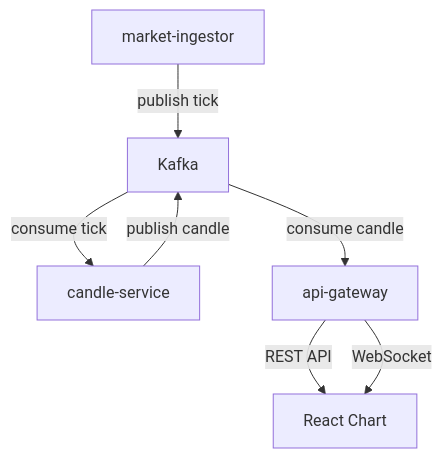
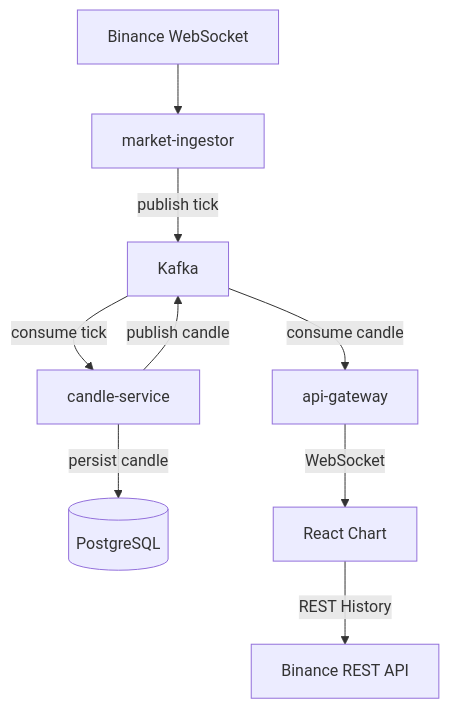
One commit to jhpark0418/mini-crypto-wts changed the first of 2 diagrams in README.md. Above: the diagram before and after it, drawn with Mermaid. The commit also changed other lines of this file, not shown here.

````diff
--- a/README.md
+++ b/README.md
@@ -21,11 +23,16 @@
 ```mermaid
 graph TD
 
-A[market-ingestor] -->|publish tick| B[Kafka]
-B -->|consume tick| C[candle-service]
-C -->|publish candle| B
-B -->|consume candle| D[api-gateway]
+A[Binance WebSocket] --> B[market-ingestor]
+B -->|publish tick| C[Kafka]
 
-D -->|REST API| E[React Chart]
-D -->|WebSocket| E
+C -->|consume tick| D[candle-service]
+
+D -->|publish candle| C
+D -->|persist candle| E[(PostgreSQL)]
+
+C -->|consume candle| F[api-gateway]
+
+F -->|WebSocket| G[React Chart]
+G -->|REST History| H[Binance REST API]
 ```
````
